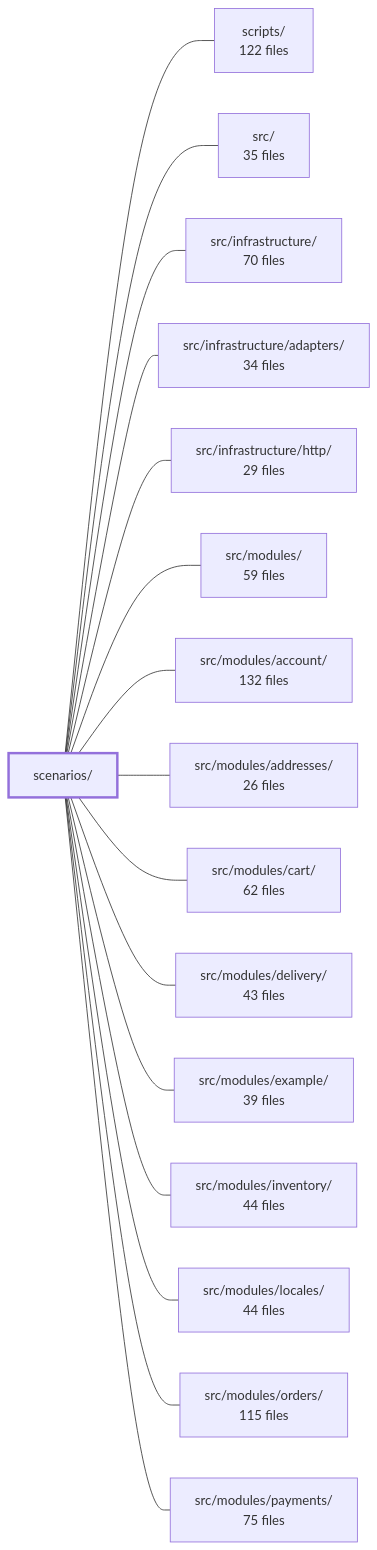
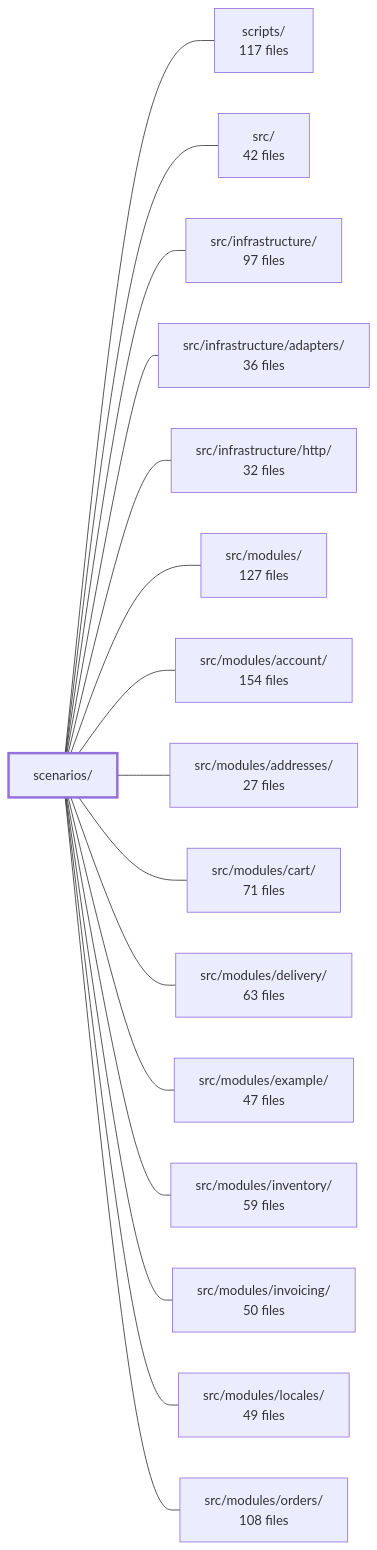
Before and after one commit to Guebbit/boilerplate-node-backend: the diagram in .2brain/modules/boilerplate-node-backend_scenarios.md, drawn with Mermaid. The commit also changed other lines of this file and 1775 other files, not shown here.

````diff
--- a/.2brain/modules/boilerplate-node-backend_scenarios.md
+++ b/.2brain/modules/boilerplate-node-backend_scenarios.md
@@ -42,35 +42,35 @@
 ```mermaid
 flowchart LR
     m_scenarios["scenarios/"]
-    m_scripts["scripts/<br/>122 files"]
-    m_src["src/<br/>35 files"]
-    m_src_infrastructure["src/infrastructure/<br/>70 files"]
-    m_src_infrastructure_adapters["src/infrastructure/adapters/<br/>34 files"]
-    m_src_infrastructure_http["src/infrastructure/http/<br/>29 files"]
-    m_src_modules["src/modules/<br/>59 files"]
-    m_src_modules_account["src/modules/account/<br/>132 files"]
-    m_src_modules_addresses["src/modules/addresses/<br/>26 files"]
-    m_src_modules_cart["src/modules/cart/<br/>62 files"]
-    m_src_modules_delivery["src/modules/delivery/<br/>43 files"]
-    m_src_modules_example["src/modules/example/<br/>39 files"]
-    m_src_modules_inventory["src/modules/inventory/<br/>44 files"]
-    m_src_modules_locales["src/modules/locales/<br/>44 files"]
-    m_src_modules_orders["src/modules/orders/<br/>115 files"]
-    m_src_modules_payments["src/modules/payments/<br/>75 files"]
+    m_scripts["scripts/<br/>117 files"]
+    m_src["src/<br/>42 files"]
+    m_src_infrastructure["src/infrastructure/<br/>97 files"]
+    m_src_infrastructure_adapters["src/infrastructure/adapters/<br/>36 files"]
+    m_src_infrastructure_http["src/infrastructure/http/<br/>32 files"]
+    m_src_modules["src/modules/<br/>127 files"]
+    m_src_modules_account["src/modules/account/<br/>154 files"]
+    m_src_modules_addresses["src/modules/addresses/<br/>27 files"]
+    m_src_modules_cart["src/modules/cart/<br/>71 files"]
+    m_src_modules_delivery["src/modules/delivery/<br/>63 files"]
+    m_src_modules_example["src/modules/example/<br/>47 files"]
+    m_src_modules_inventory["src/modules/inventory/<br/>59 files"]
+    m_src_modules_invoicing["src/modules/invoicing/<br/>50 files"]
+    m_src_modules_locales["src/modules/locales/<br/>49 files"]
+    m_src_modules_orders["src/modules/orders/<br/>108 files"]
     m_scenarios --- m_scripts
     m_scenarios --- m_src
     m_scenarios --- m_src_infrastructure
     m_scenarios --- m_src_infrastructure_adapters
     m_scenarios --- m_src_infrastructure_http
     m_scenarios --- m_src_modules
     m_scenarios --- m_src_modules_account
     m_scenarios --- m_src_modules_addresses
     m_scenarios --- m_src_modules_cart
     m_scenarios --- m_src_modules_delivery
     m_scenarios --- m_src_modules_example
     m_scenarios --- m_src_modules_inventory
+    m_scenarios --- m_src_modules_invoicing
     m_scenarios --- m_src_modules_locales
     m_scenarios --- m_src_modules_orders
-    m_scenarios --- m_src_modules_payments
     style m_scenarios stroke-width:3px
 ```
````
